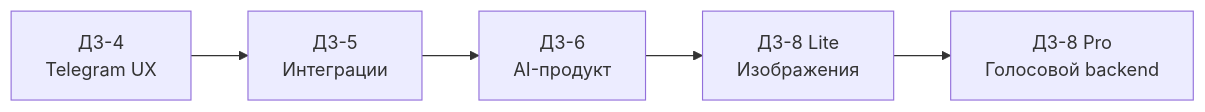
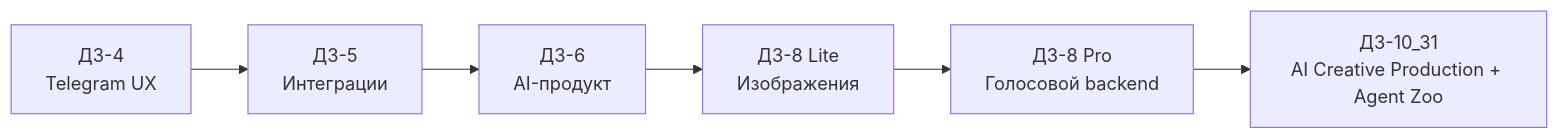
One commit to VictorKVS/Vibe-coding changed the diagram in submissions/README.md. Above: the diagram before and after it, drawn with Mermaid. The commit also changed other lines of this file, not shown here.

Commit message:
docs(alina): register DZ-10_31 submission in catalog

````diff
--- a/submissions/README.md
+++ b/submissions/README.md
@@ -15,7 +16,8 @@
 ```mermaid
 flowchart LR
     D4["ДЗ-4<br/>Telegram UX"] --> D5["ДЗ-5<br/>Интеграции"]
     D5 --> D6["ДЗ-6<br/>AI-продукт"]
     D6 --> D8L["ДЗ-8 Lite<br/>Изображения"]
     D8L --> D8P["ДЗ-8 Pro<br/>Голосовой backend"]
+    D8P --> D10["ДЗ-10_31<br/>AI Creative Production + Agent Zoo"]
 ```
````
